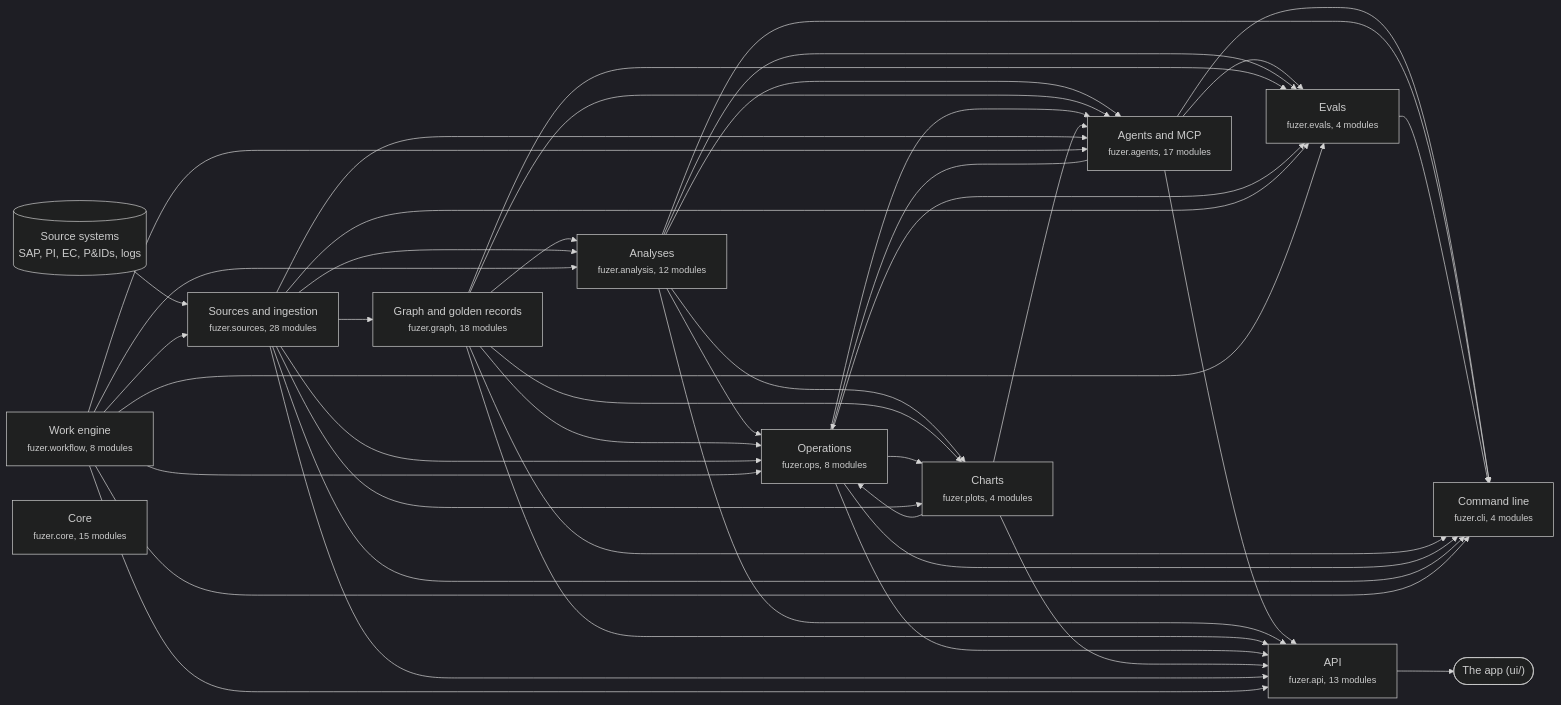
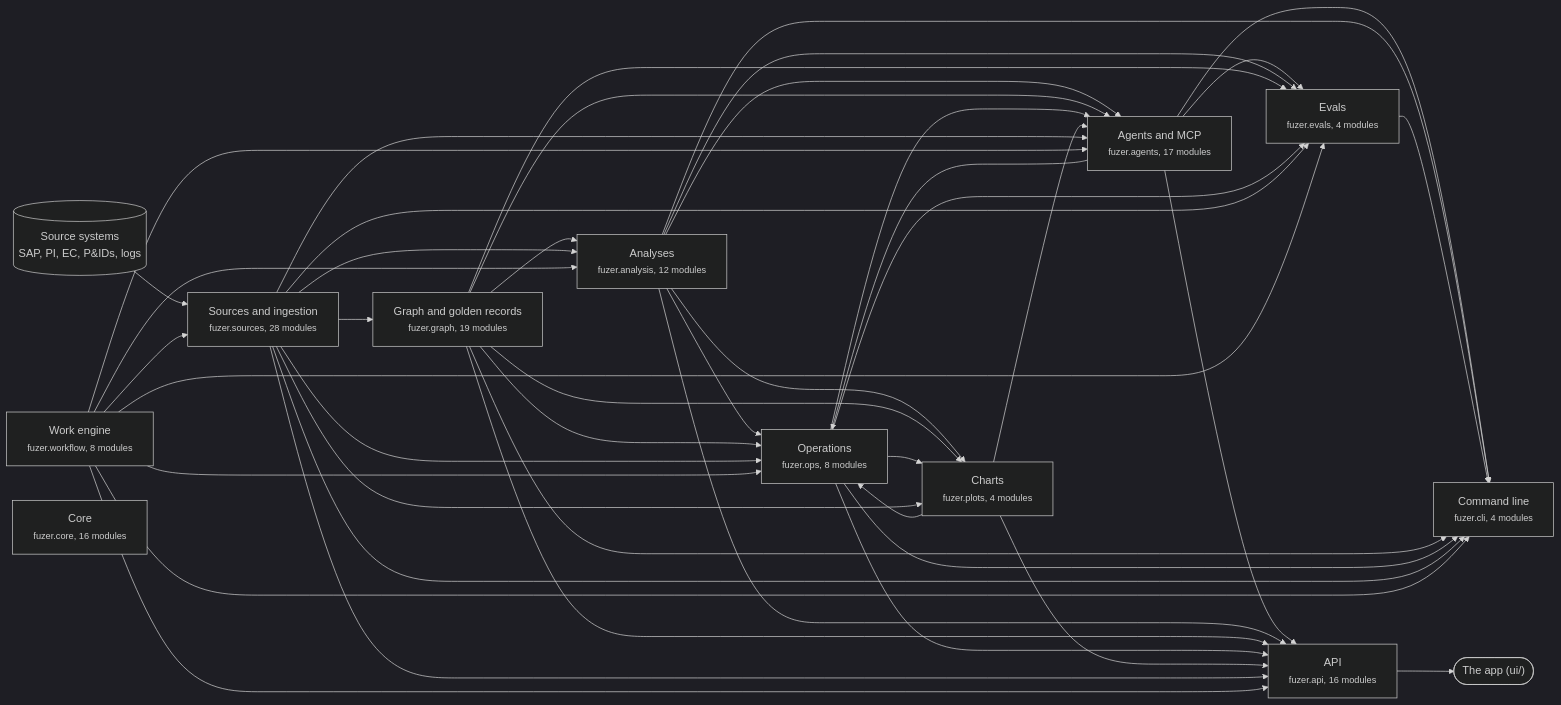
One commit to areed145/fuzer changed the first of 3 diagrams in docs/architecture.md. Above: the diagram before and after it, drawn with Mermaid (dark theme). The commit also changed other lines of this file and 60 other files, not shown here.

````diff
--- a/docs/architecture.md
+++ b/docs/architecture.md
@@ -8,69 +8,69 @@
 ```mermaid
 flowchart LR
   systems[("Source systems<br>SAP, PI, EC, P&IDs, logs")] --> c_sources
   app(["The app (ui/)"])
   c_api --> app
   c_sources["Sources and ingestion<br><small>fuzer.sources, 28 modules</small>"]
-  c_graph["Graph and golden records<br><small>fuzer.graph, 18 modules</small>"]
+  c_graph["Graph and golden records<br><small>fuzer.graph, 19 modules</small>"]
   c_analysis["Analyses<br><small>fuzer.analysis, 12 modules</small>"]
   c_ops["Operations<br><small>fuzer.ops, 8 modules</small>"]
   c_plots["Charts<br><small>fuzer.plots, 4 modules</small>"]
   c_workflow["Work engine<br><small>fuzer.workflow, 8 modules</small>"]
   c_agents["Agents and MCP<br><small>fuzer.agents, 17 modules</small>"]
   c_evals["Evals<br><small>fuzer.evals, 4 modules</small>"]
-  c_api["API<br><small>fuzer.api, 13 modules</small>"]
+  c_api["API<br><small>fuzer.api, 16 modules</small>"]
   c_cli["Command line<br><small>fuzer.cli, 4 modules</small>"]
-  c_core["Core<br><small>fuzer.core, 15 modules</small>"]
+  c_core["Core<br><small>fuzer.core, 16 modules</small>"]
   c_workflow --> c_sources
   c_sources --> c_graph
   c_graph --> c_analysis
   c_sources --> c_analysis
   c_workflow --> c_analysis
   c_agents --> c_ops
   c_analysis --> c_ops
   c_graph --> c_ops
   c_plots --> c_ops
   c_sources --> c_ops
   c_workflow --> c_ops
   c_analysis --> c_plots
   c_graph --> c_plots
   c_ops --> c_plots
   c_sources --> c_plots
   c_analysis --> c_agents
   c_graph --> c_agents
   c_ops --> c_agents
   c_plots --> c_agents
   c_sources --> c_agents
   c_workflow --> c_agents
   c_agents --> c_evals
   c_analysis --> c_evals
   c_graph --> c_evals
   c_ops --> c_evals
   c_sources --> c_evals
   c_workflow --> c_evals
   c_agents --> c_api
   c_analysis --> c_api
   c_graph --> c_api
   c_ops --> c_api
   c_plots --> c_api
   c_sources --> c_api
   c_workflow --> c_api
   c_agents --> c_cli
   c_analysis --> c_cli
   c_evals --> c_cli
   c_graph --> c_cli
   c_ops --> c_cli
   c_sources --> c_cli
   c_workflow --> c_cli
   click c_sources "https://github.com/areed145/fuzer/tree/main/src/fuzer/sources"
   click c_graph "https://github.com/areed145/fuzer/tree/main/src/fuzer/graph"
   click c_analysis "https://github.com/areed145/fuzer/tree/main/src/fuzer/analysis"
   click c_ops "https://github.com/areed145/fuzer/tree/main/src/fuzer/ops"
   click c_plots "https://github.com/areed145/fuzer/tree/main/src/fuzer/plots"
   click c_workflow "https://github.com/areed145/fuzer/tree/main/src/fuzer/workflow"
   click c_agents "https://github.com/areed145/fuzer/tree/main/src/fuzer/agents"
   click c_evals "https://github.com/areed145/fuzer/tree/main/src/fuzer/evals"
   click c_api "https://github.com/areed145/fuzer/tree/main/src/fuzer/api"
   click c_cli "https://github.com/areed145/fuzer/tree/main/src/fuzer/cli"
   click c_core "https://github.com/areed145/fuzer/tree/main/src/fuzer/core"
 ```
````
